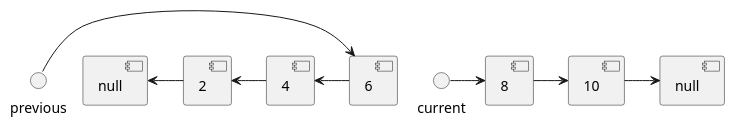
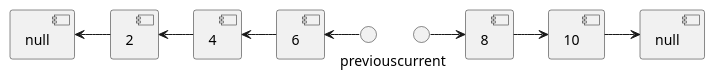
Before and after one commit to computer-science-engineering/learning-computer-science: the fourth of 7 diagrams in src/EducativeIo/GrokkingTheCodingInterview/Ch07_InPlaceReversalOfALinkedList/P1_ReverseALinkedList/readme.md, drawn with PlantUML. The commit also changed other lines of this file and 1 other file, not shown here.

````diff
--- a/src/EducativeIo/GrokkingTheCodingInterview/Ch07_InPlaceReversalOfALinkedList/P1_ReverseALinkedList/readme.md
+++ b/src/EducativeIo/GrokkingTheCodingInterview/Ch07_InPlaceReversalOfALinkedList/P1_ReverseALinkedList/readme.md
@@ -65,17 +65,17 @@
 ```plantuml
 @startuml
 component null1 [
     null
     ]
 component null2 [
     null
     ]
-previous -> [6]
 [null1] <- [2]
 [2] <- [4]
 [4] <- [6]
+[6] <- previous
 current -> [8]
 [8] -> [10]
 [10] -> [null2]
 @enduml
 ```
````
